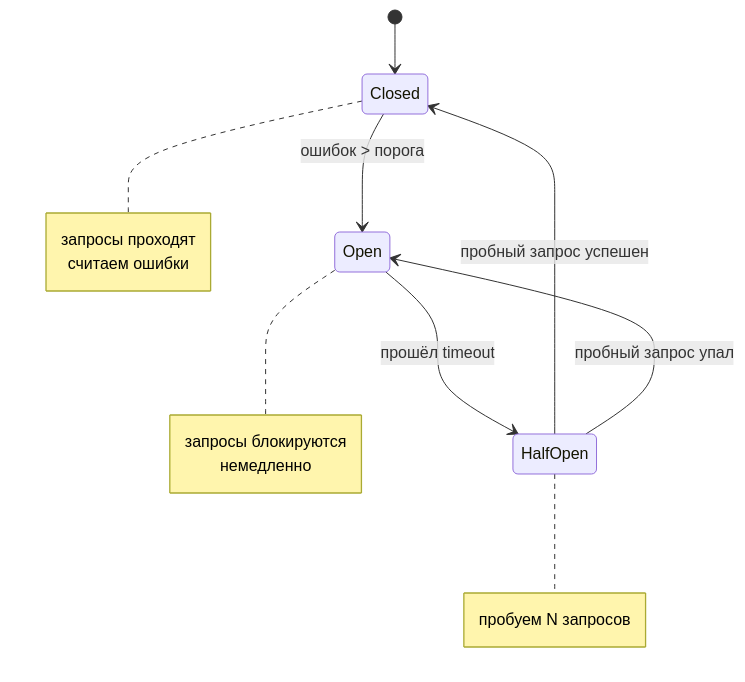
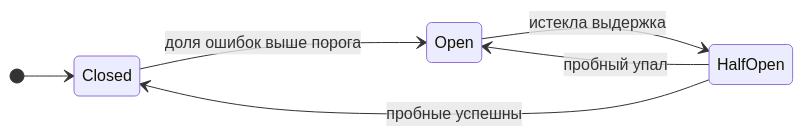
One commit to fev0ks/LearnGoLang changed the diagram in docs/senior-golang-study/05-system-design/reliability-patterns/03-circuit-breaker.md. Above: the diagram before and after it, drawn with Mermaid. The commit also changed other lines of this file and 10 other files, not shown here.

````diff
--- a/docs/senior-golang-study/05-system-design/reliability-patterns/03-circuit-breaker.md
+++ b/docs/senior-golang-study/05-system-design/reliability-patterns/03-circuit-breaker.md
@@ -18,12 +21,11 @@
 ```mermaid
 stateDiagram-v2
+    direction LR
+
     [*] --> Closed
-    Closed --> Open: ошибок > порога
-    Open --> HalfOpen: прошёл timeout
-    HalfOpen --> Closed: пробный запрос успешен
-    HalfOpen --> Open: пробный запрос упал
 
-    note right of Closed: запросы проходят<br/>считаем ошибки
-    note right of Open: запросы блокируются<br/>немедленно
-    note right of HalfOpen: пробуем N запросов
+    Closed --> Open: доля ошибок выше порога
+    Open --> HalfOpen: истекла выдержка
+    HalfOpen --> Closed: пробные успешны
+    HalfOpen --> Open: пробный упал
 ```
````
